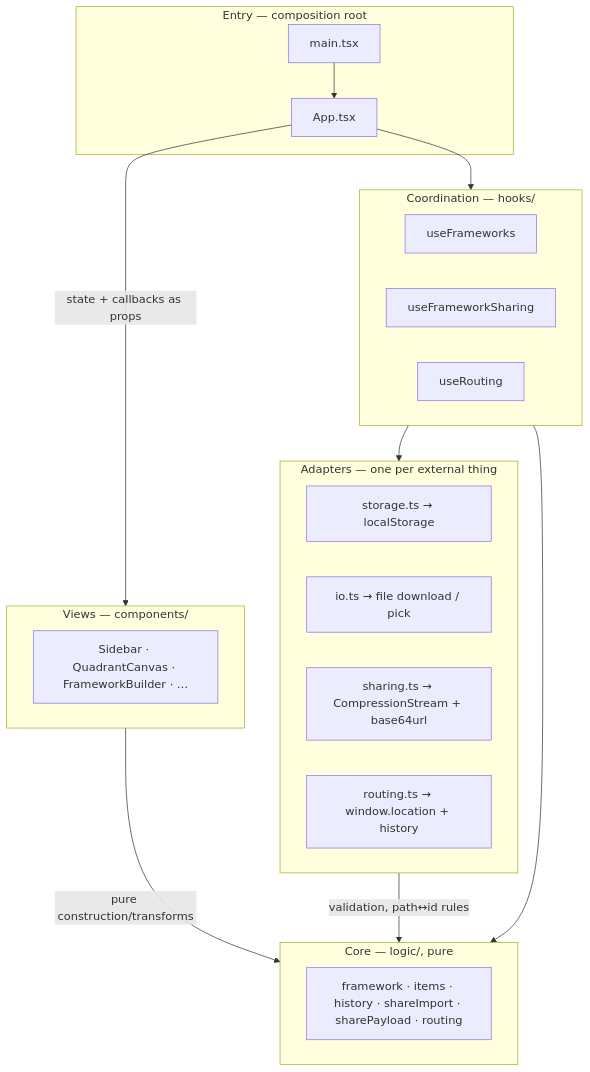
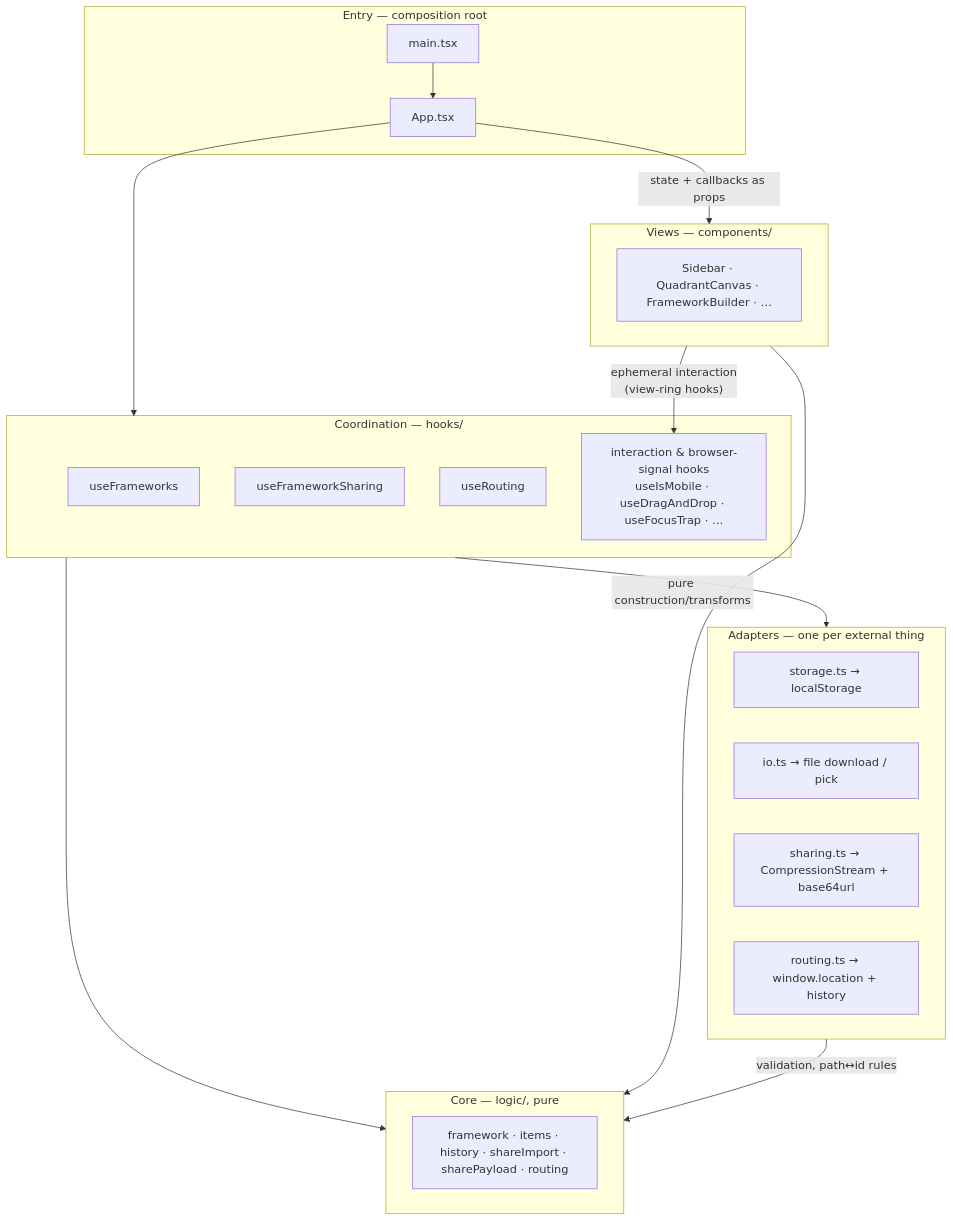
Before and after one commit to jonathan-beebe/quadrants: the second of 3 diagrams in src/architecture.md, drawn with Mermaid. The commit also changed other lines of this file and 2 other files, not shown here.

Commit message:
docs: record the real view/hook and memoization rules [ARCH-002]

````diff
--- a/src/architecture.md
+++ b/src/architecture.md
@@ -62,29 +85,31 @@
 ```mermaid
 flowchart TD
   subgraph entry ["Entry — composition root"]
     main["main.tsx"] --> App["App.tsx"]
   end
   subgraph coordination ["Coordination — hooks/"]
     useFrameworks["useFrameworks"]
     useFrameworkSharing["useFrameworkSharing"]
     useRouting["useRouting"]
+    interaction["interaction & browser-signal hooks<br/>useIsMobile · useDragAndDrop · useFocusTrap · …"]
   end
   subgraph views ["Views — components/"]
     components["Sidebar · QuadrantCanvas · FrameworkBuilder · …"]
   end
   subgraph adapters ["Adapters — one per external thing"]
     storage["storage.ts → localStorage"]
     io["io.ts → file download / pick"]
     sharing["sharing.ts → CompressionStream + base64url"]
     routing["routing.ts → window.location + history"]
   end
   subgraph core ["Core — logic/, pure"]
     logic["framework · items · history · shareImport · sharePayload · routing"]
   end
   App -- "state + callbacks as props" --> views
   App --> coordination
   coordination --> adapters
   coordination --> core
+  views -- "ephemeral interaction<br/>(view-ring hooks)" --> interaction
   views -- "pure construction/transforms" --> core
   adapters -- "validation, path↔id rules" --> core
 ```
````
